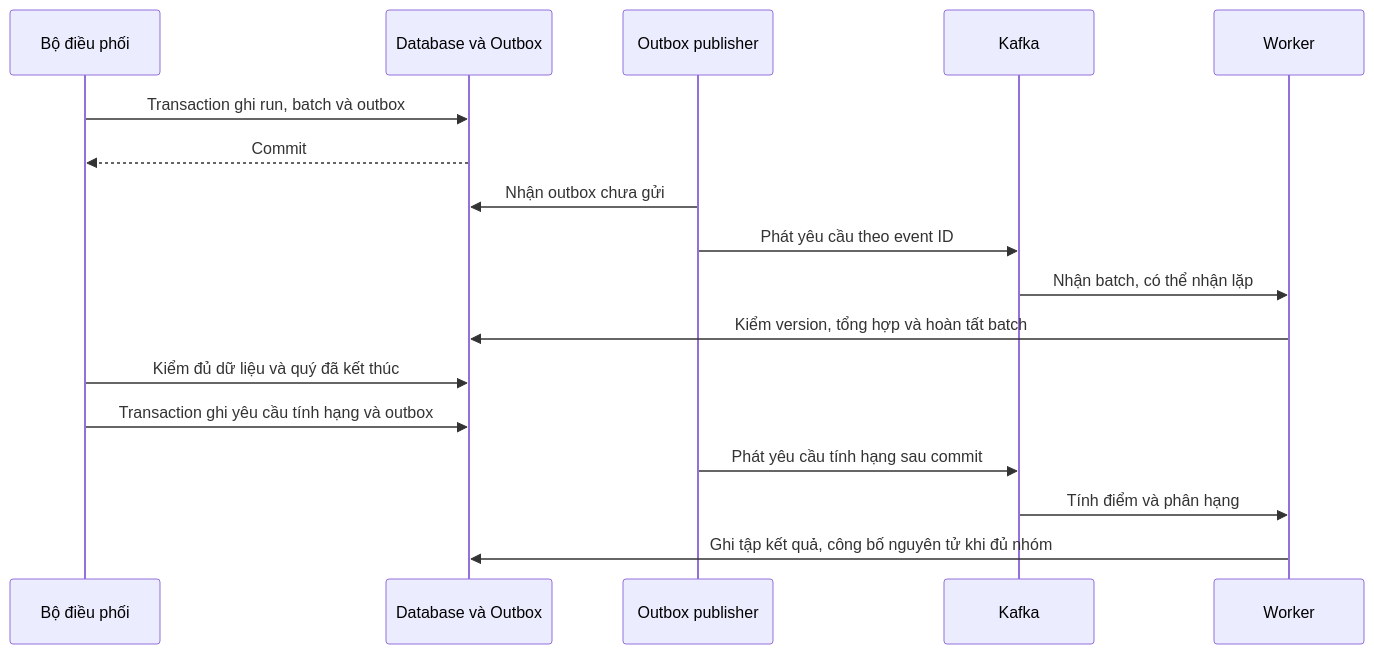
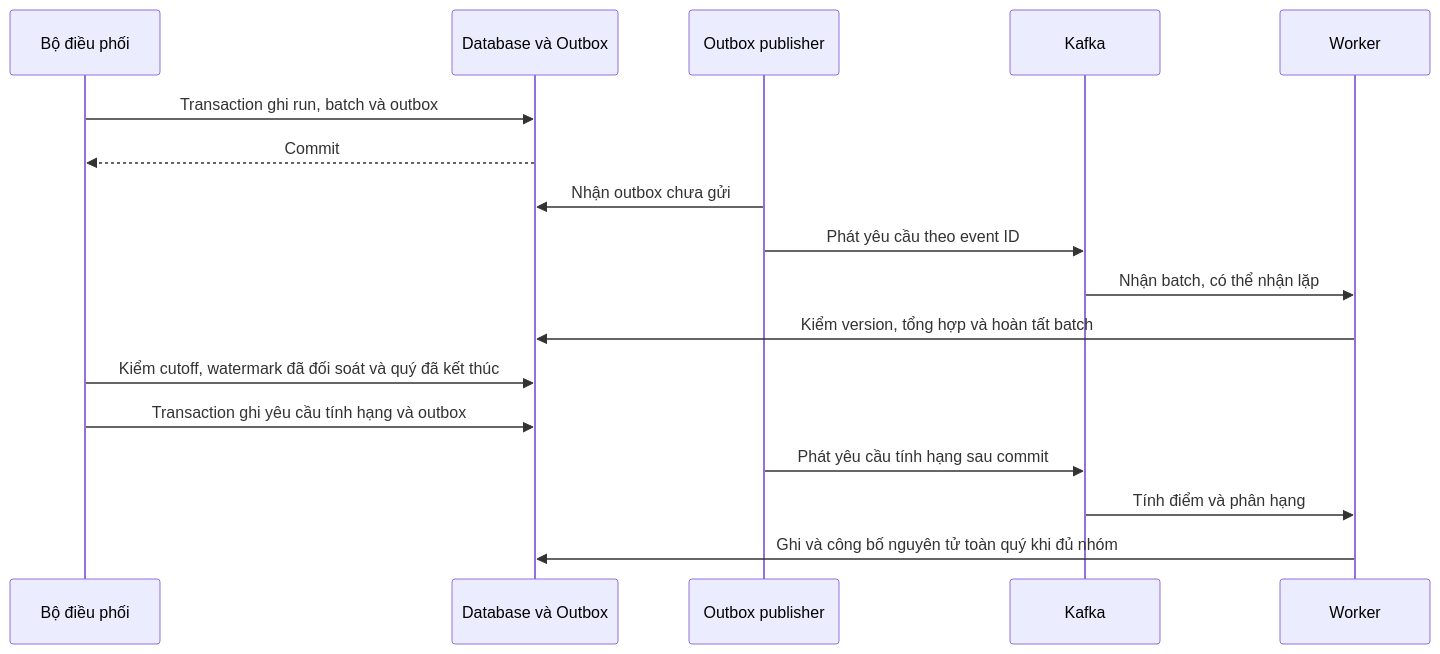
Before and after one commit to huynv-xyz/vhm-tdd: the diagram in cobroker/diagrams/cobroker-07.mmd, drawn with Mermaid. The commit also changed 11 other files, not shown here.

Commit message:
docs: close Cobroker architecture gaps in TTD v0.8

```diff
--- a/cobroker/diagrams/cobroker-07.mmd
+++ b/cobroker/diagrams/cobroker-07.mmd
@@ -1,17 +1,17 @@
 sequenceDiagram
     participant J as Bộ điều phối
     participant D as Database và Outbox
     participant P as Outbox publisher
     participant K as Kafka
     participant W as Worker
     J->>D: Transaction ghi run, batch và outbox
     D-->>J: Commit
     P->>D: Nhận outbox chưa gửi
     P->>K: Phát yêu cầu theo event ID
     K->>W: Nhận batch, có thể nhận lặp
     W->>D: Kiểm version, tổng hợp và hoàn tất batch
-    J->>D: Kiểm đủ dữ liệu và quý đã kết thúc
+    J->>D: Kiểm cutoff, watermark đã đối soát và quý đã kết thúc
     J->>D: Transaction ghi yêu cầu tính hạng và outbox
     P->>K: Phát yêu cầu tính hạng sau commit
     K->>W: Tính điểm và phân hạng
-    W->>D: Ghi tập kết quả, công bố nguyên tử khi đủ nhóm
+    W->>D: Ghi và công bố nguyên tử toàn quý khi đủ nhóm
```
